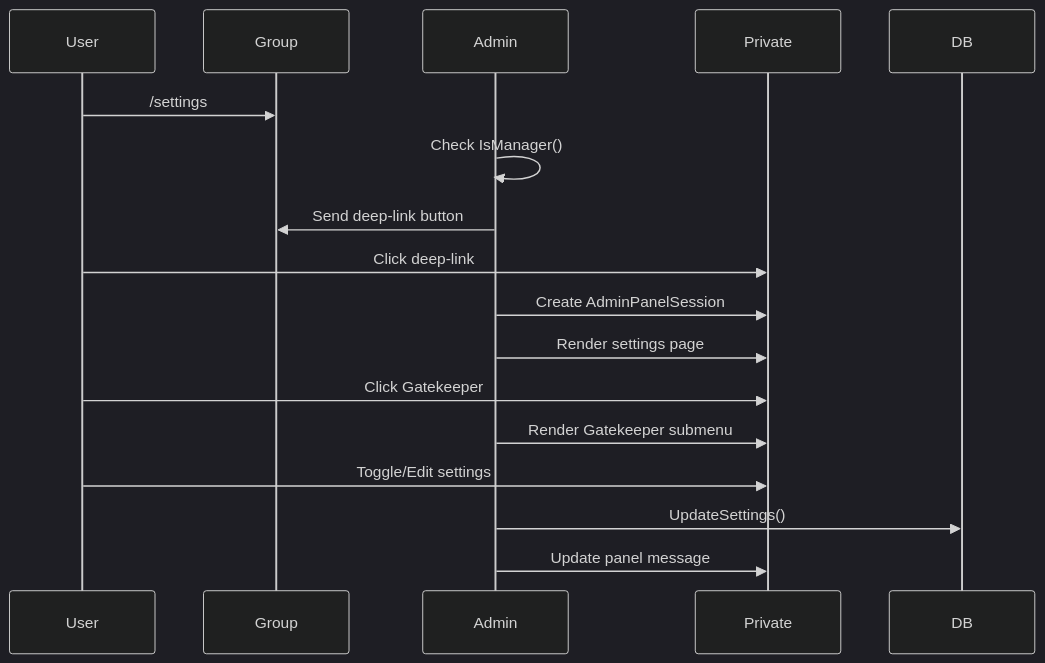
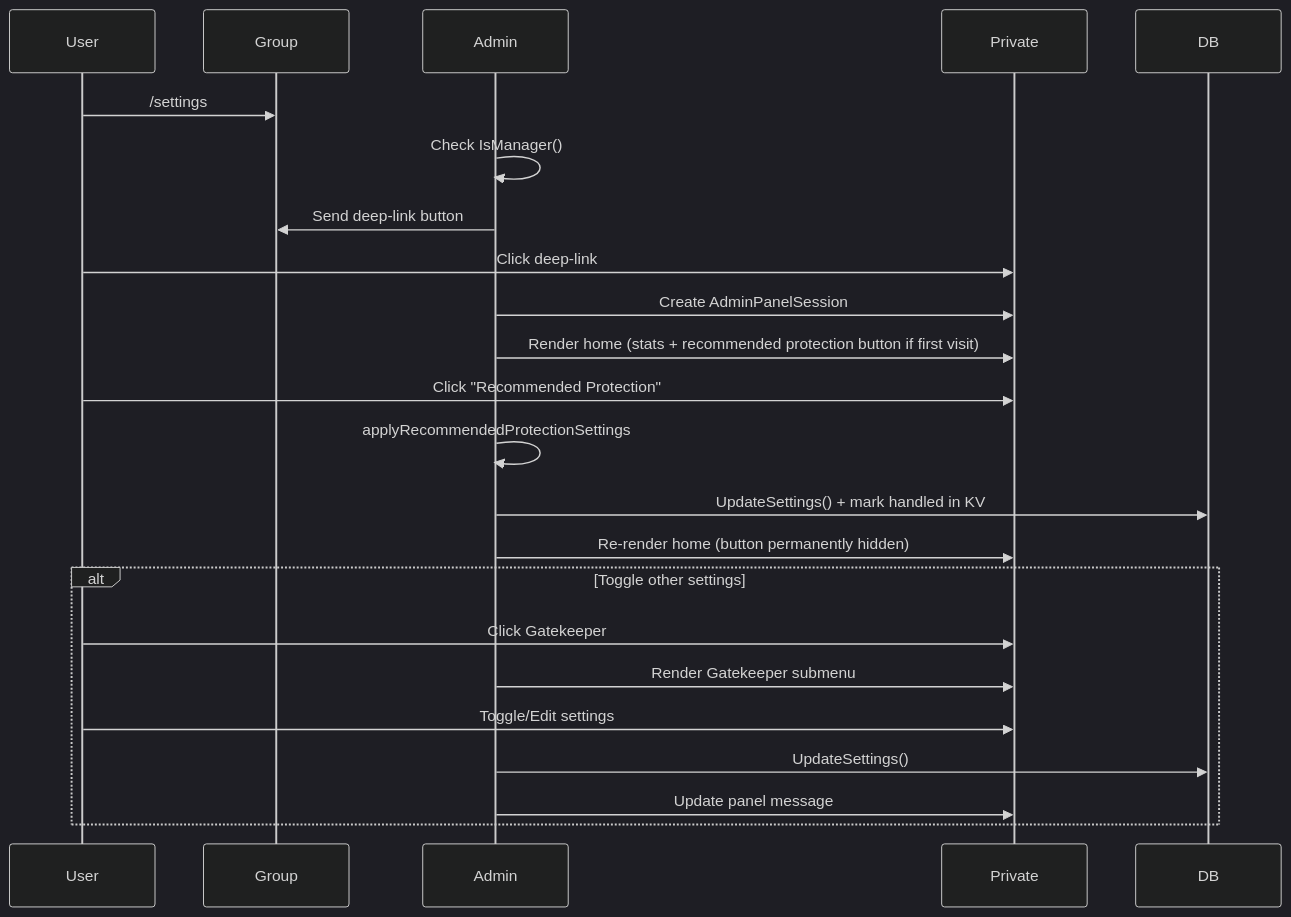
One commit to iamwavecut/ngbot changed the eighth of 10 diagrams in docs/CODEBASE_MAP.md. Above: the diagram before and after it, drawn with Mermaid (dark theme). The commit also changed other lines of this file and 6 other files, not shown here.

````diff
--- a/docs/CODEBASE_MAP.md
+++ b/docs/CODEBASE_MAP.md
@@ -740,22 +909,28 @@
 ```mermaid
 sequenceDiagram
     participant User
     participant Group
     participant Admin
     participant Private
     participant DB
 
     User->>Group: /settings
     Admin->>Admin: Check IsManager()
     Admin->>Group: Send deep-link button
     User->>Private: Click deep-link
     Admin->>Private: Create AdminPanelSession
-    Admin->>Private: Render settings page
+    Admin->>Private: Render home (stats + recommended protection button if first visit)
 
-    User->>Private: Click Gatekeeper
-    Admin->>Private: Render Gatekeeper submenu
+    User->>Private: Click "Recommended Protection"
+    Admin->>Admin: applyRecommendedProtectionSettings
+    Admin->>DB: UpdateSettings() + mark handled in KV
+    Admin->>Private: Re-render home (button permanently hidden)
 
-    User->>Private: Toggle/Edit settings
-    Admin->>DB: UpdateSettings()
-    Admin->>Private: Update panel message
+    alt Toggle other settings
+        User->>Private: Click Gatekeeper
+        Admin->>Private: Render Gatekeeper submenu
+        User->>Private: Toggle/Edit settings
+        Admin->>DB: UpdateSettings()
+        Admin->>Private: Update panel message
+    end
 ```
````
